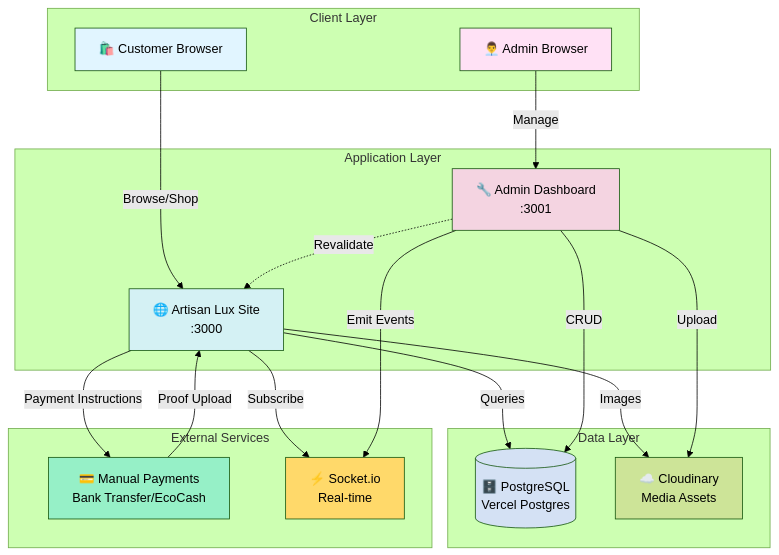
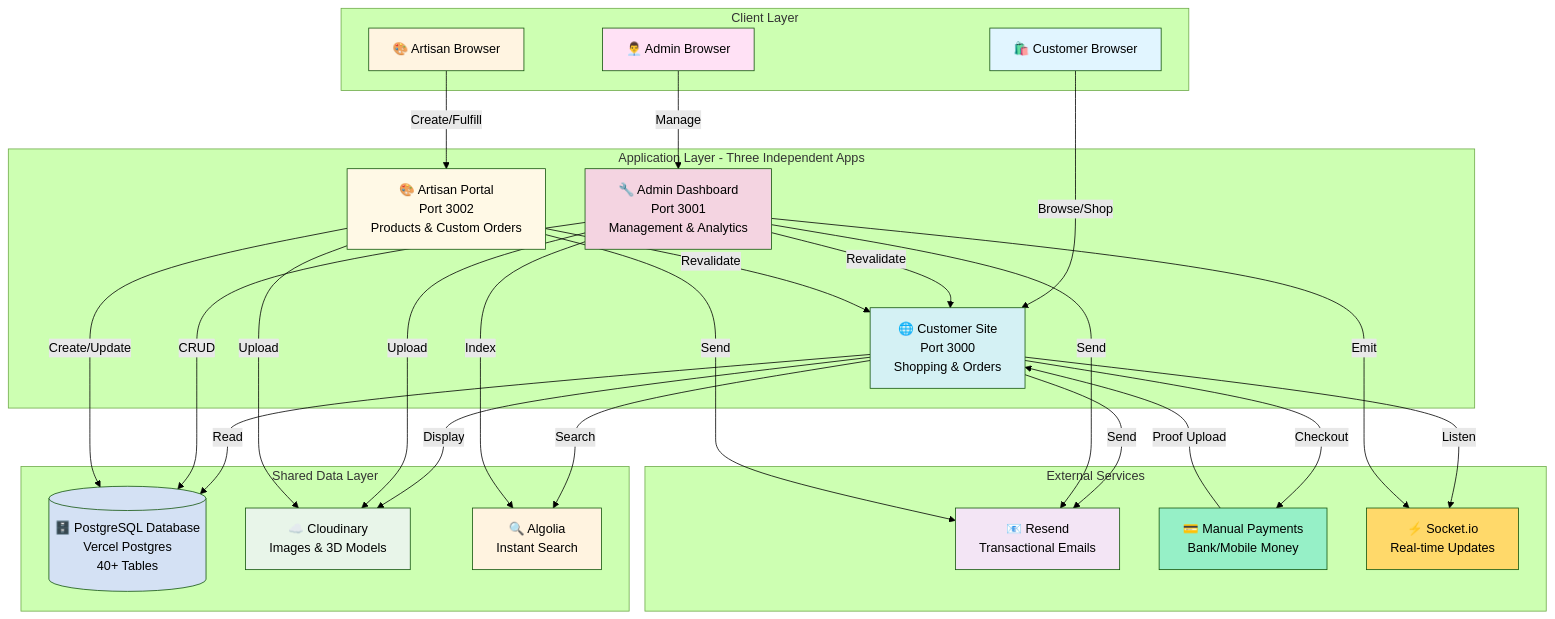
One commit to swoet/Artisan-Lux-E-commerce-Website changed the first of 8 diagrams in README.md. Above: the diagram before and after it, drawn with Mermaid (forest theme). The commit also changed other lines of this file and 46 other files, not shown here.

Commit message:
Added Artisan portal

````diff
--- a/README.md
+++ b/README.md
@@ -81,45 +92,64 @@
 ```mermaid
 graph TB
     subgraph "Client Layer"
-        USER[🛍️ Customer Browser]
+        CUSTOMER[🛍️ Customer Browser]
         ADMIN[👨‍💼 Admin Browser]
+        ARTISAN[🎨 Artisan Browser]
     end
     
-    subgraph "Application Layer"
-        SITE[🌐 Artisan Lux Site<br/>:3000]
-        ADMIN_APP[🔧 Admin Dashboard<br/>:3001]
+    subgraph "Application Layer - Three Independent Apps"
+        SITE[🌐 Customer Site<br/>Port 3000<br/>Shopping & Orders]
+        ADMIN_APP[🔧 Admin Dashboard<br/>Port 3001<br/>Management & Analytics]
+        ARTISAN_APP[🎨 Artisan Portal<br/>Port 3002<br/>Products & Custom Orders]
     end
     
-    subgraph "Data Layer"
-        DB[(🗄️ PostgreSQL<br/>Vercel Postgres)]
-        MEDIA[☁️ Cloudinary<br/>Media Assets]
+    subgraph "Shared Data Layer"
+        DB[(🗄️ PostgreSQL Database<br/>Vercel Postgres<br/>40+ Tables)]
+        MEDIA[☁️ Cloudinary<br/>Images & 3D Models]
+        SEARCH[🔍 Algolia<br/>Instant Search]
     end
     
     subgraph "External Services"
-        PAYMENT[💳 Manual Payments<br/>Bank Transfer/EcoCash]
-        SOCKET[⚡ Socket.io<br/>Real-time]
+        EMAIL[📧 Resend<br/>Transactional Emails]
+        PAYMENT[💳 Manual Payments<br/>Bank/Mobile Money]
+        SOCKET[⚡ Socket.io<br/>Real-time Updates]
     end
     
-    USER -->|Browse/Shop| SITE
+    CUSTOMER -->|Browse/Shop| SITE
     ADMIN -->|Manage| ADMIN_APP
+    ARTISAN -->|Create/Fulfill| ARTISAN_APP
     
-    SITE -->|Queries| DB
-    SITE -->|Payment Instructions| PAYMENT
-    SITE -->|Subscribe| SOCKET
-    SITE -->|Images| MEDIA
+    SITE -->|Read| DB
+    SITE -->|Display| MEDIA
+    SITE -->|Search| SEARCH
+    SITE -->|Checkout| PAYMENT
+    SITE -->|Listen| SOCKET
+    SITE -->|Send| EMAIL
     
     ADMIN_APP -->|CRUD| DB
     ADMIN_APP -->|Upload| MEDIA
-    ADMIN_APP -->|Emit Events| SOCKET
+    ADMIN_APP -->|Index| SEARCH
+    ADMIN_APP -->|Emit| SOCKET
+    ADMIN_APP -->|Revalidate| SITE
+    ADMIN_APP -->|Send| EMAIL
+    
+    ARTISAN_APP -->|Create/Update| DB
+    ARTISAN_APP -->|Upload| MEDIA
+    ARTISAN_APP -->|Revalidate| SITE
+    ARTISAN_APP -->|Send| EMAIL
     
     PAYMENT -->|Proof Upload| SITE
-    ADMIN_APP -.->|Revalidate| SITE
     
-    style USER fill:#e1f5ff
+    style CUSTOMER fill:#e1f5ff
     style ADMIN fill:#ffe1f5
+    style ARTISAN fill:#fff4e1
     style SITE fill:#d4f1f4
     style ADMIN_APP fill:#f4d4e1
+    style ARTISAN_APP fill:#fff9e6
     style DB fill:#d4e1f4
+    style MEDIA fill:#e8f5e9
+    style SEARCH fill:#fff3e0
+    style EMAIL fill:#f3e5f5
     style PAYMENT fill:#96f0c7
     style SOCKET fill:#ffd96a
 ```
````
